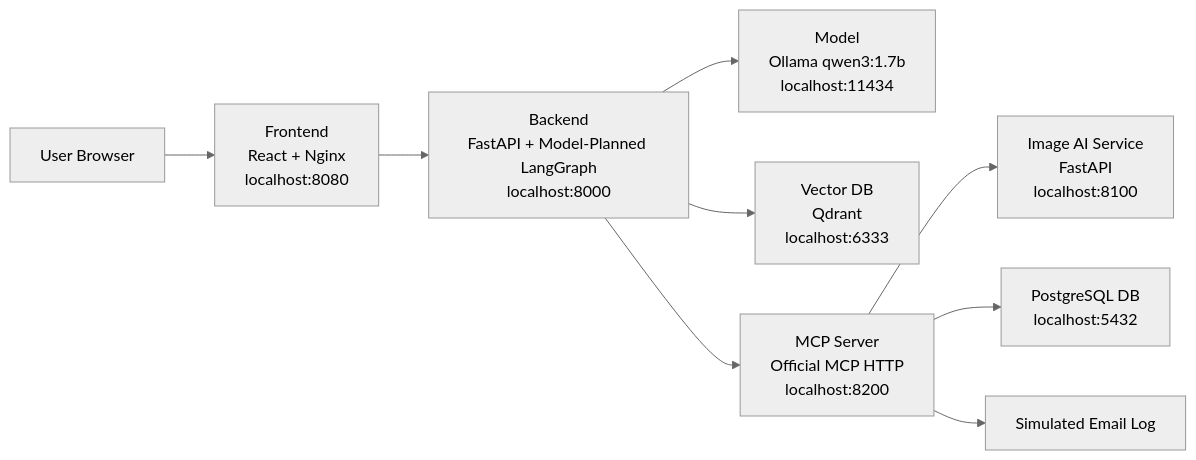
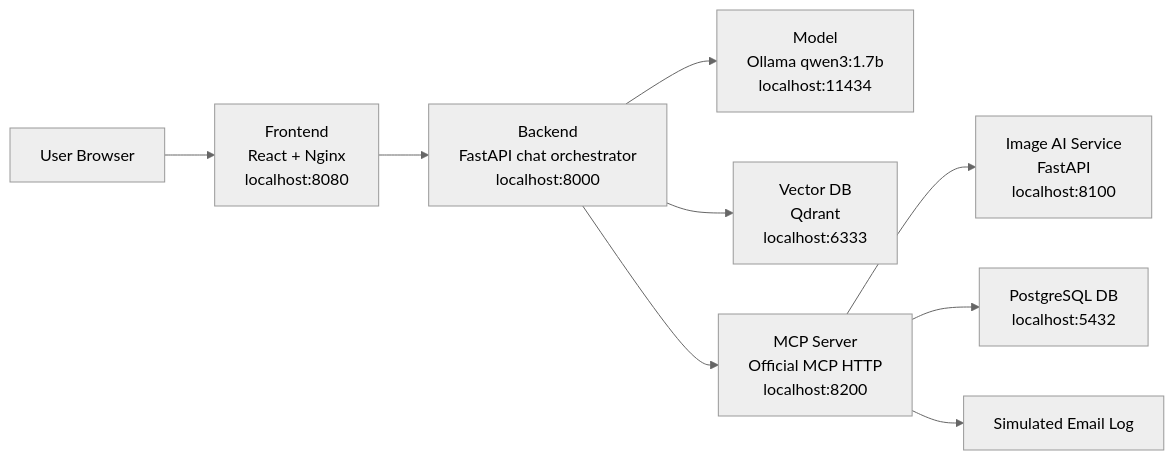
Before and after one commit to MostafaShehata/aster-pump: the diagram in DEPLOYMENT_STEPS.md, drawn with Mermaid (neutral theme). The commit also changed other lines of this file and 10 other files, not shown here.

````diff
--- a/DEPLOYMENT_STEPS.md
+++ b/DEPLOYMENT_STEPS.md
@@ -11,11 +11,11 @@
 ```mermaid
 flowchart LR
     User["User Browser"] --> Frontend["Frontend\nReact + Nginx\nlocalhost:8080"]
-    Frontend --> Backend["Backend\nFastAPI + Model-Planned LangGraph\nlocalhost:8000"]
+    Frontend --> Backend["Backend\nFastAPI chat orchestrator\nlocalhost:8000"]
     Backend --> Model["Model\nOllama qwen3:1.7b\nlocalhost:11434"]
     Backend --> VectorDB["Vector DB\nQdrant\nlocalhost:6333"]
     Backend --> MCP["MCP Server\nOfficial MCP HTTP\nlocalhost:8200"]
     MCP --> ImageAI["Image AI Service\nFastAPI\nlocalhost:8100"]
     MCP --> DB["PostgreSQL DB\nlocalhost:5432"]
     MCP --> Mail["Simulated Email Log"]
 ```
````
